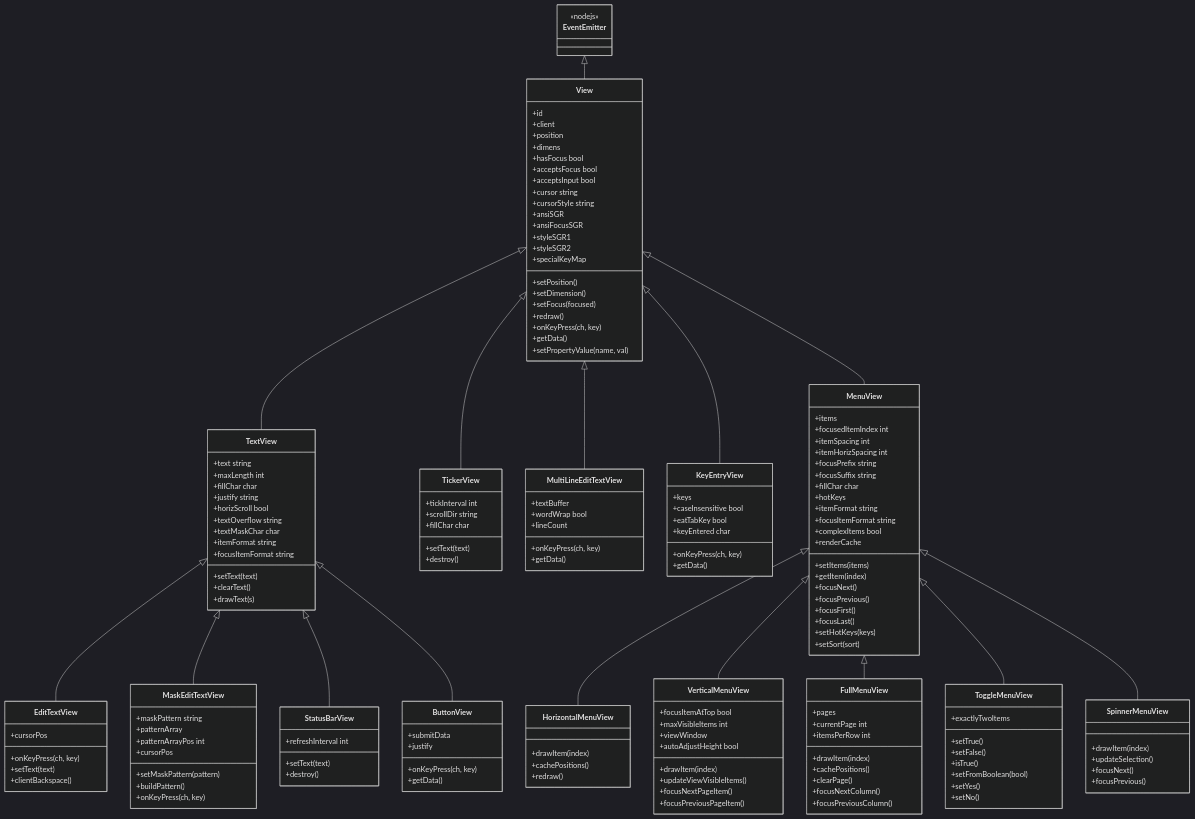
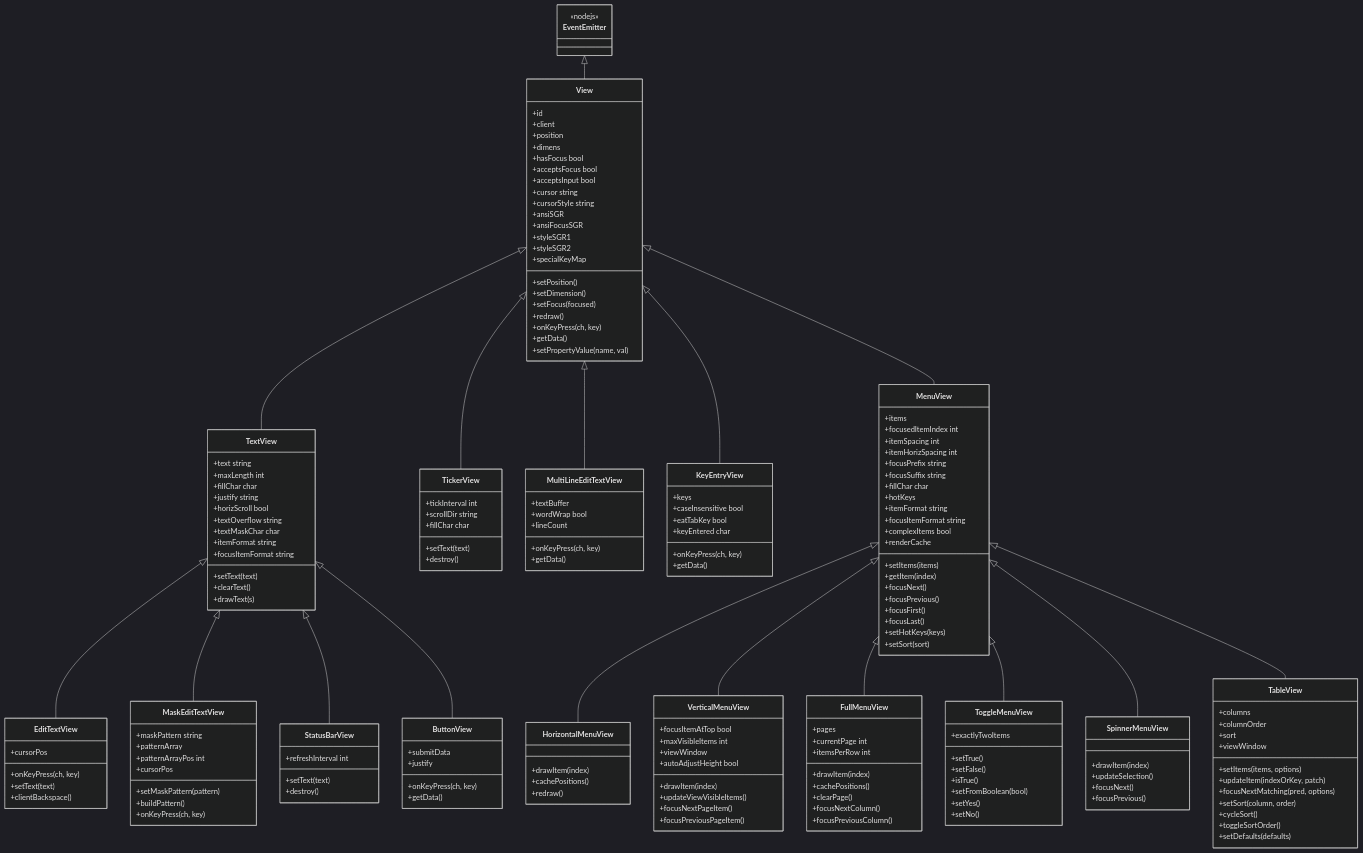
One commit to NuSkooler/enigma-bbs changed the diagram in website/src/content/docs/art/views/views.md. Above: the diagram before and after it, drawn with Mermaid (dark theme). The commit also changed other lines of this file and 3 other files, not shown here.

Commit message:
docs(views): Table View (%TV) reference, MCI and views index, WHATSNEW (#447)

````diff
--- a/website/src/content/docs/art/views/views.md
+++ b/website/src/content/docs/art/views/views.md
@@ -301,6 +304,20 @@
         +setNo()
     }
 
+    class TableView {
+        +columns
+        +columnOrder
+        +sort
+        +viewWindow
+        +setItems(items, options)
+        +updateItem(indexOrKey, patch)
+        +focusNextMatching(pred, options)
+        +setSort(column, order)
+        +cycleSort()
+        +toggleSortOrder()
+        +setDefaults(defaults)
+    }
+
     class SpinnerMenuView {
         +drawItem(index)
         +updateSelection()
@@ -323,4 +340,5 @@
     MenuView <|-- FullMenuView
     MenuView <|-- ToggleMenuView
     MenuView <|-- SpinnerMenuView
+    MenuView <|-- TableView
 ```
````
